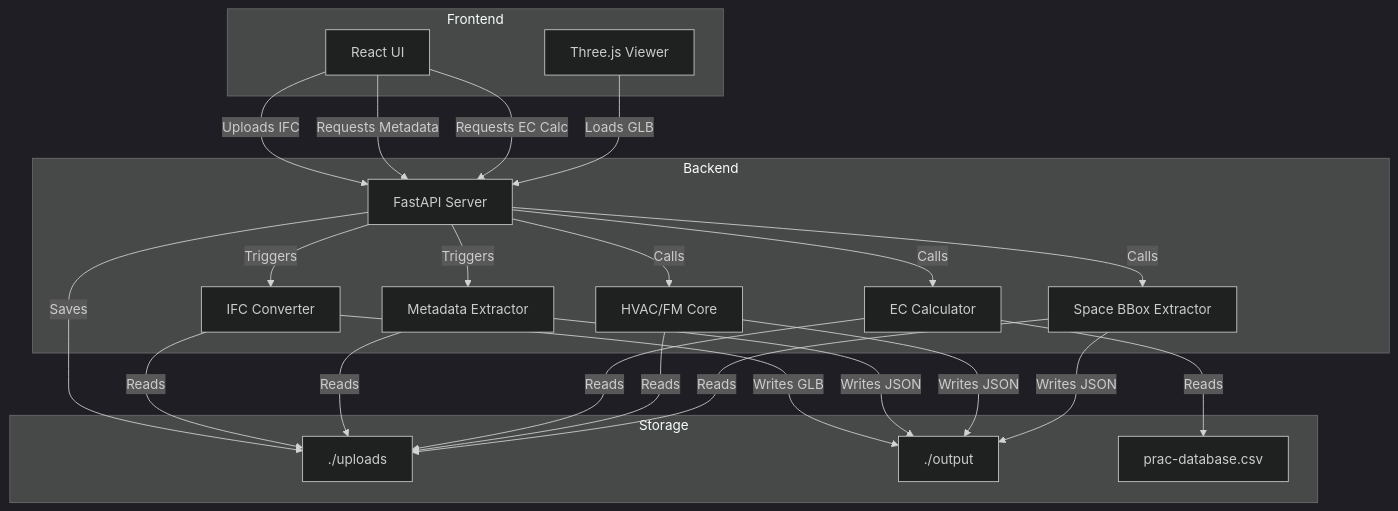
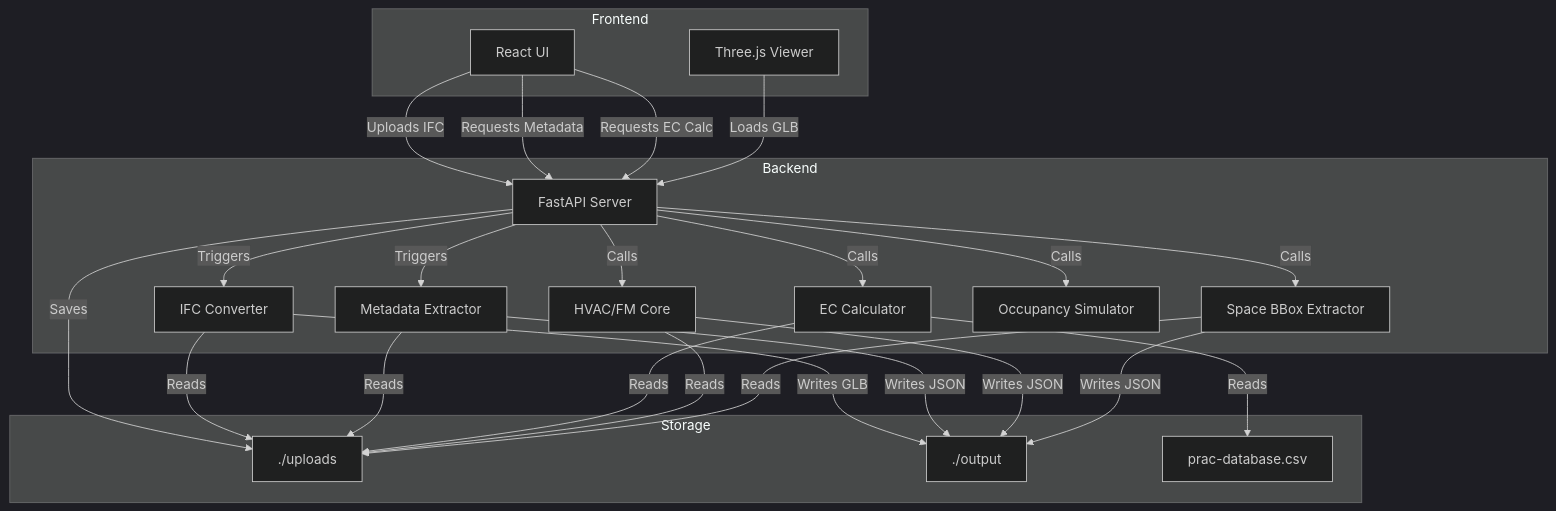
The second of 2 diagrams in ARCHITECTURE.md (Naveendinula/DigitalTwin), drawn with Mermaid (dark theme) before and after one commit. The commit also changed other lines of this file and 2 other files, not shown here.

First line of the commit message:
docs: Add occupancy simulation to README, ARCHITECTURE, and SYSTEM_MAP

````diff
--- a/ARCHITECTURE.md
+++ b/ARCHITECTURE.md
@@ -89,49 +99,51 @@
 ```mermaid
 graph TB
     subgraph Frontend
         UI["React UI"]
         Viewer["Three.js Viewer"]
     end
 
     subgraph Backend
         Server["FastAPI Server"]
         Converter["IFC Converter"]
         Extractor["Metadata Extractor"]
         ECCore["EC Calculator"]
         HvacCore["HVAC/FM Core"]
         SpaceBBox["Space BBox Extractor"]
+        OccSim["Occupancy Simulator"]
     end
 
     subgraph Storage
         Uploads["./uploads"]
         Outputs["./output"]
         ECDB["prac-database.csv"]
     end
 
     UI -->|Uploads IFC| Server
     UI -->|Requests Metadata| Server
     UI -->|Requests EC Calc| Server
     Viewer -->|Loads GLB| Server
 
     Server -->|Saves| Uploads
     Server -->|Triggers| Converter
     Server -->|Triggers| Extractor
     Server -->|Calls| ECCore
     Server -->|Calls| HvacCore
     Server -->|Calls| SpaceBBox
+    Server -->|Calls| OccSim
 
     Converter -->|Reads| Uploads
     Converter -->|Writes GLB| Outputs
 
     Extractor -->|Reads| Uploads
     Extractor -->|Writes JSON| Outputs
 
     ECCore -->|Reads| Uploads
     ECCore -->|Reads| ECDB
 
     HvacCore -->|Reads| Uploads
     HvacCore -->|Writes JSON| Outputs
 
     SpaceBBox -->|Reads| Uploads
     SpaceBBox -->|Writes JSON| Outputs
 ```
````
